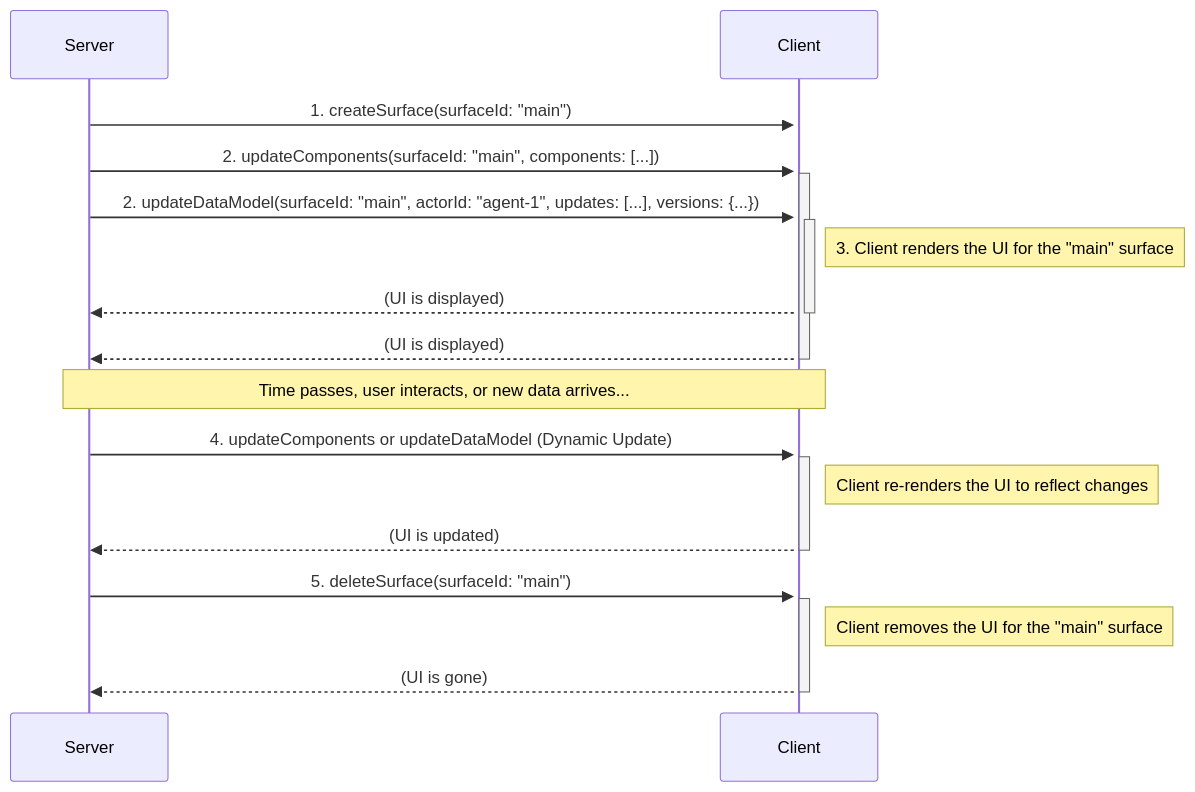
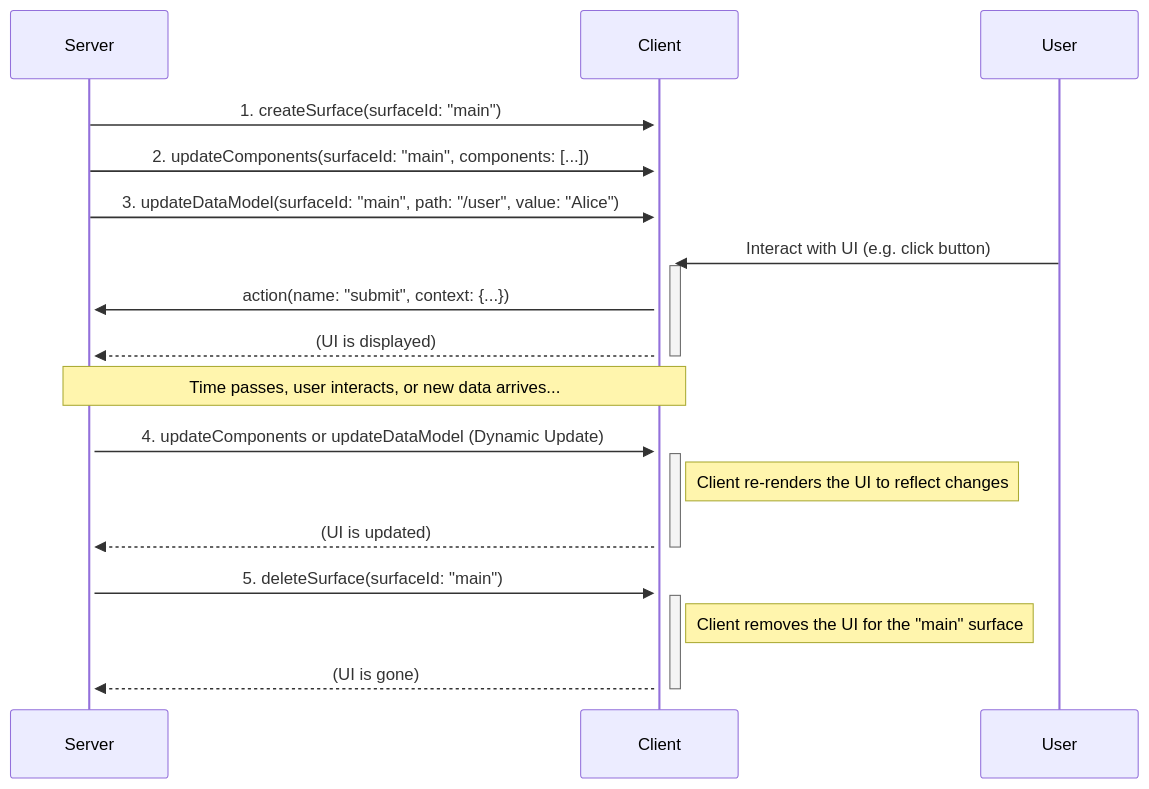
One commit to google/A2UI changed the first of 2 diagrams in specification/v0_9/docs/a2ui_protocol.md. Above: the diagram before and after it, drawn with Mermaid. The commit also changed other lines of this file and 1 other file, not shown here.

````diff
--- a/specification/v0_9/docs/a2ui_protocol.md
+++ b/specification/v0_9/docs/a2ui_protocol.md
@@ -57,22 +57,22 @@
 ```mermaid
 sequenceDiagram
     participant Server
     participant Client
 
     Server->>+Client: 1. createSurface(surfaceId: "main")
     Server->>+Client: 2. updateComponents(surfaceId: "main", components: [...])
-    Server->>+Client: 2. updateDataModel(surfaceId: "main", actorId: "agent-1", updates: [...], versions: {...})
-    Note right of Client: 3. Client renders the UI for the "main" surface
-    Client-->>-Server: (UI is displayed)
+    Server->>+Client: 3. updateDataModel(surfaceId: "main", path: "/user", value: "Alice")
+    User->>+Client: Interact with UI (e.g. click button)
+    Client->>+Server: action(name: "submit", context: {...})
     Client-->>-Server: (UI is displayed)
 
     Note over Client, Server: Time passes, user interacts, or new data arrives...
 
     Server->>+Client: 4. updateComponents or updateDataModel (Dynamic Update)
     Note right of Client: Client re-renders the UI to reflect changes
     Client-->>-Server: (UI is updated)
 
     Server->>+Client: 5. deleteSurface(surfaceId: "main")
     Note right of Client: Client removes the UI for the "main" surface
     Client-->>-Server: (UI is gone)
 ```
````
